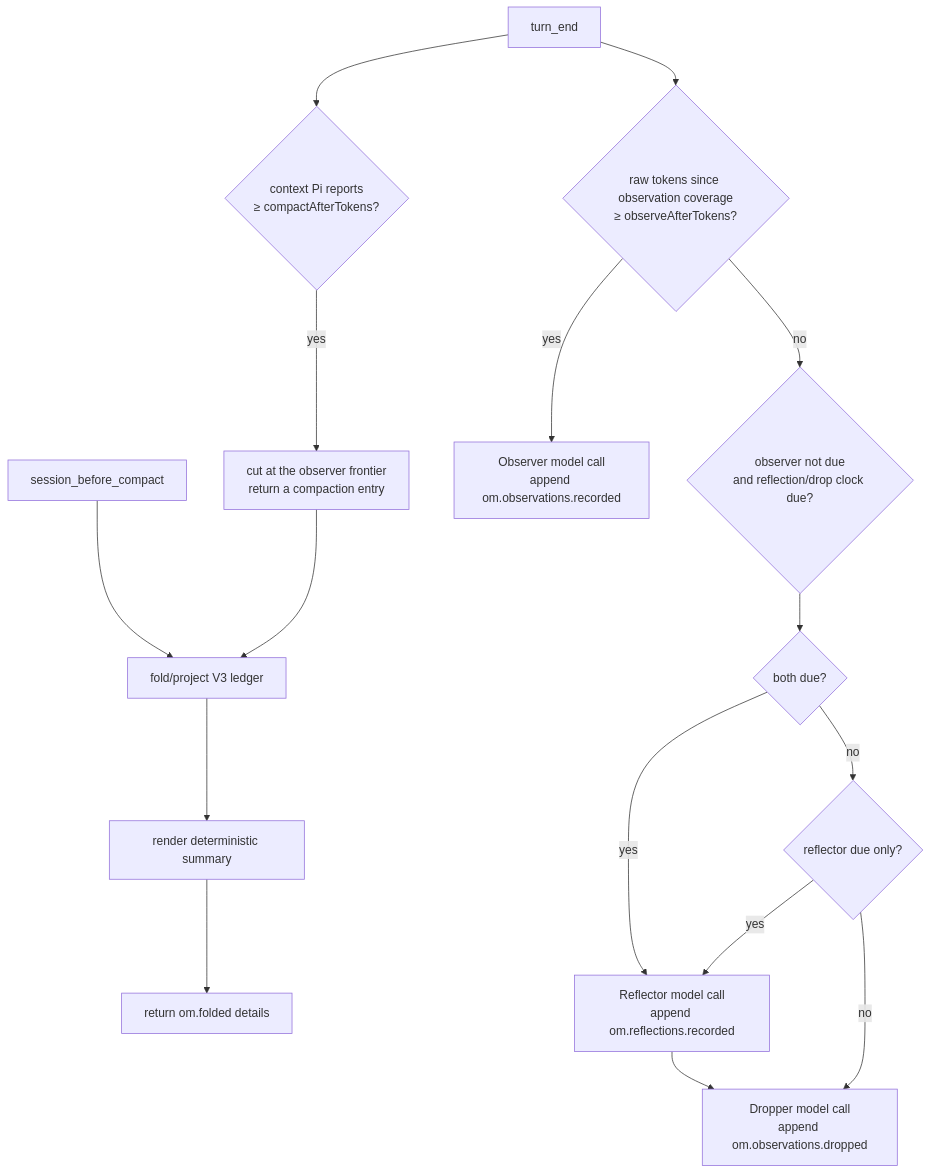
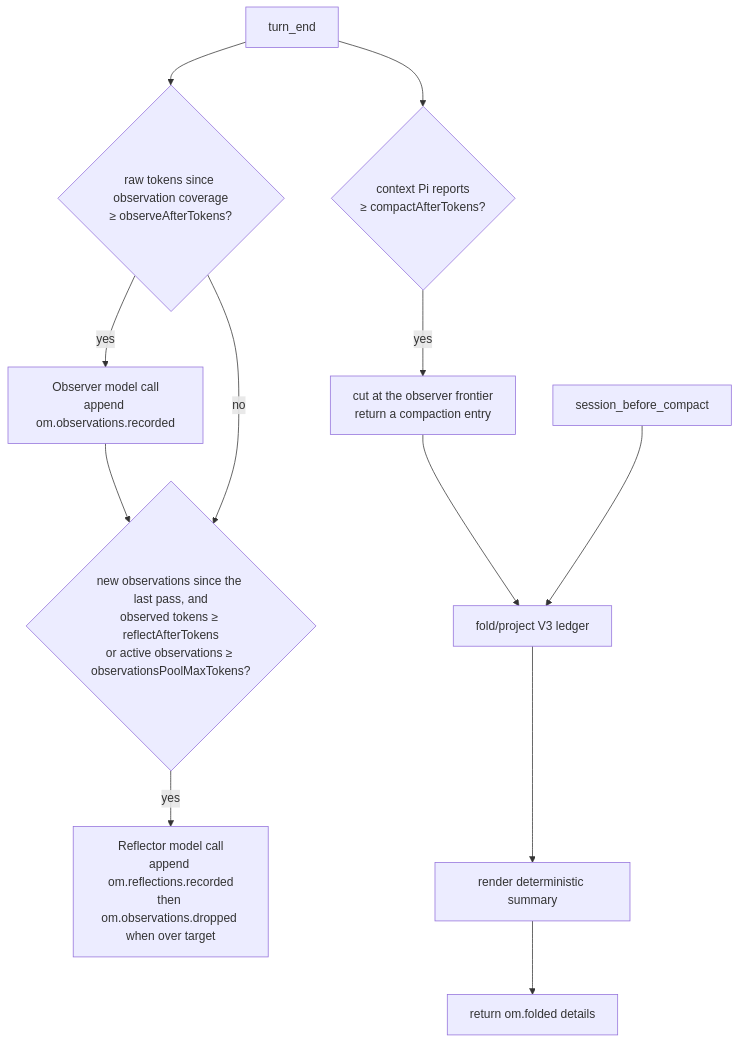
Before and after one commit to jakvbs/pi: the diagram in extensions/observational-memory/docs/how-it-works.md, drawn with Mermaid. The commit also changed other lines of this file and 40 other files, not shown here.

````diff
--- a/extensions/observational-memory/docs/how-it-works.md
+++ b/extensions/observational-memory/docs/how-it-works.md
@@ -25,34 +25,27 @@
 ```mermaid
 flowchart TD
     TE[turn_end]
     SBC[session_before_compact]
 
     ObsDue{raw tokens since observation coverage<br/>≥ observeAfterTokens?}
     Observer[Observer model call<br/>append om.observations.recorded]
 
-    ReflectDropDue{observer not due<br/>and reflection/drop clock due?}
-    BothDue{both due?}
-    ReflectorOnly{reflector due only?}
-    Reflector[Reflector model call<br/>append om.reflections.recorded]
-    Dropper[Dropper model call<br/>append om.observations.dropped]
+    ReflectDue{new observations since the last pass, and<br/>observed tokens ≥ reflectAfterTokens<br/>or active observations ≥ observationsPoolMaxTokens?}
+    Reflector[Reflector model call<br/>append om.reflections.recorded<br/>then om.observations.dropped when over target]
 
     ActivateDue{context Pi reports<br/>≥ compactAfterTokens?}
     Activate[cut at the observer frontier<br/>return a compaction entry]
 
     Fold[fold/project V3 ledger]
     Render[render deterministic summary]
     Details[return om.folded details]
 
     TE --> ActivateDue
     ActivateDue -- yes --> Activate --> Fold
     TE --> ObsDue
-    ObsDue -- yes --> Observer
-    ObsDue -- no --> ReflectDropDue
-    ReflectDropDue --> BothDue
-    BothDue -- yes --> Reflector --> Dropper
-    BothDue -- no --> ReflectorOnly
-    ReflectorOnly -- yes --> Reflector
-    ReflectorOnly -- no --> Dropper
+    ObsDue -- yes --> Observer --> ReflectDue
+    ObsDue -- no --> ReflectDue
+    ReflectDue -- yes --> Reflector
 
     SBC --> Fold --> Render --> Details
 ```
````
